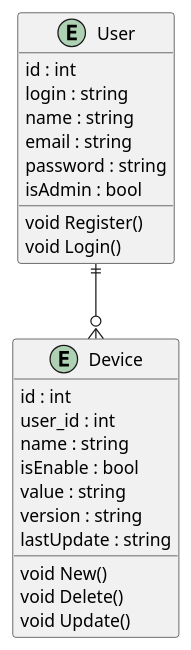
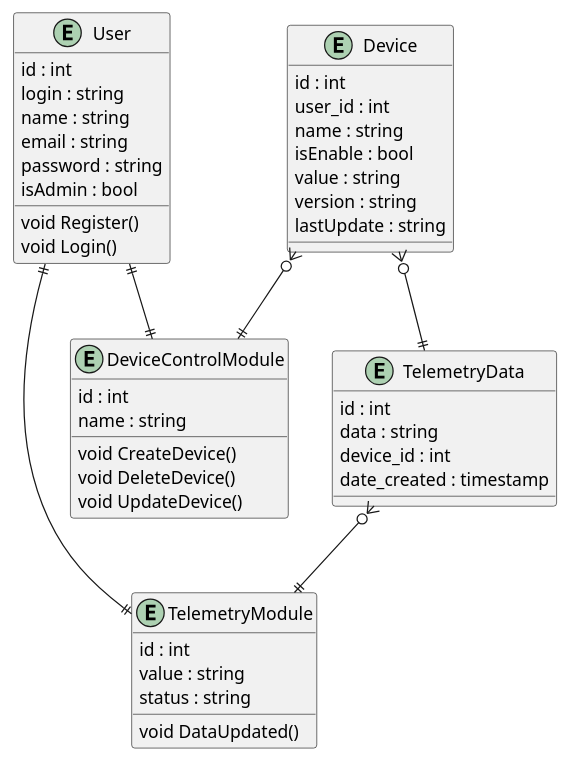
The diagram in schemas/er/er.puml (kuznechek/architecture-pro-warmhouse), drawn with PlantUML before and after one commit. The commit also changed 26 other files, not shown here.

```diff
--- a/schemas/er/er.puml
+++ b/schemas/er/er.puml
@@ -1,30 +1,55 @@
 @startuml
 
 entity User {
     id : int
     login : string
     name : string
     email : string
     password : string
     isAdmin : bool
 
     void Register()
     void Login()
 }
 
 entity Device {
     id : int
     user_id : int
     name : string
     isEnable : bool
     value : string
     version : string
     lastUpdate : string
-    void New()
-    void Delete()
-    void Update()
 }
 
-User ||--o{ Device
+entity DeviceControlModule {
+    id : int
+    name : string
+
+    void CreateDevice()
+    void DeleteDevice()
+    void UpdateDevice()
+}
+
+entity TelemetryModule {
+    id : int
+    value : string
+    status : string
+
+    void DataUpdated()
+}
+
+entity TelemetryData {
+    id : int
+    data : string
+    device_id : int
+    date_created : timestamp
+}
+
+User ||--|| DeviceControlModule
+User ||--|| TelemetryModule 
+Device }o--|| DeviceControlModule 
+Device }o--|| TelemetryData 
+TelemetryData }o--||  TelemetryModule 
 
 @enduml
```
